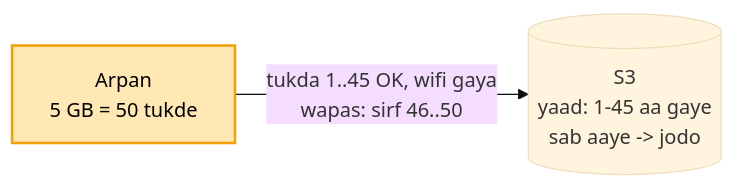
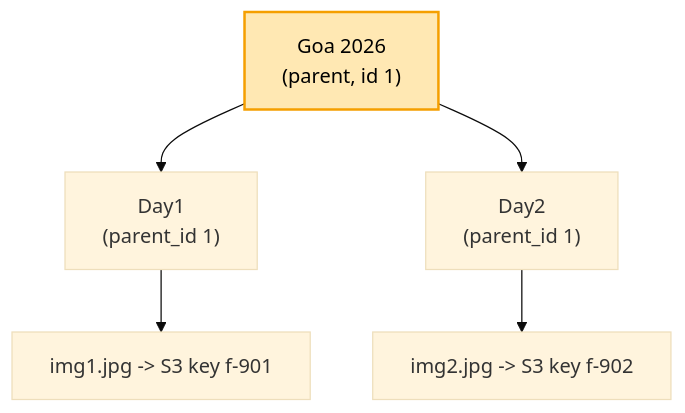
Before and after one commit to ArpanMaheshwari144/Prep: the fourth of 6 diagrams in 04_HLD/SYSTEM_DESIGNS/07_file_upload_validate_system/07_file_upload.md, drawn with Mermaid (base theme). The commit also changed other lines of this file and 2 other files, not shown here.

Commit message:
File upload: scene-mock se hand notes + main file kahani format (peeche line, seedha S3 + tukde, receptionist token, S3 event, folder ped DB me, maalik check, chhota link, scan ki alag line)

````diff
--- a/04_HLD/SYSTEM_DESIGNS/07_file_upload_validate_system/07_file_upload.md
+++ b/04_HLD/SYSTEM_DESIGNS/07_file_upload_validate_system/07_file_upload.md
@@ -181,5 +108,8 @@
 ```mermaid
-flowchart LR
-    A["Arpan<br/>5 GB = 50 tukde"] -->|"tukda 1..45 OK, wifi gaya<br/>wapas: sirf 46..50"| S3[("S3<br/>yaad: 1-45 aa gaye<br/>sab aaye -> jodo")]
-    style A fill:#ffe8b3,stroke:#f59f00,stroke-width:2px,color:#000
+flowchart TB
+    G["Goa 2026<br/>(parent, id 1)"] --> D1["Day1<br/>(parent_id 1)"]
+    G --> D2["Day2<br/>(parent_id 1)"]
+    D1 --> F1["img1.jpg -> S3 key f-901"]
+    D2 --> F2["img2.jpg -> S3 key f-902"]
+    style G fill:#ffe8b3,stroke:#f59f00,stroke-width:2px,color:#000
 ```
````
